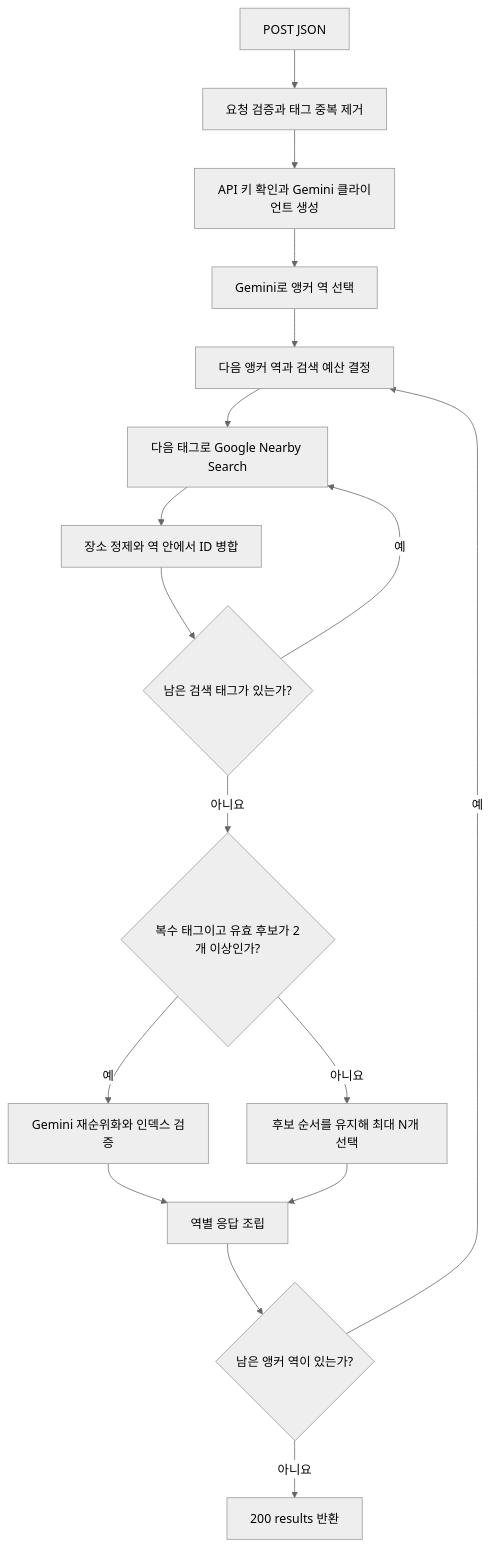
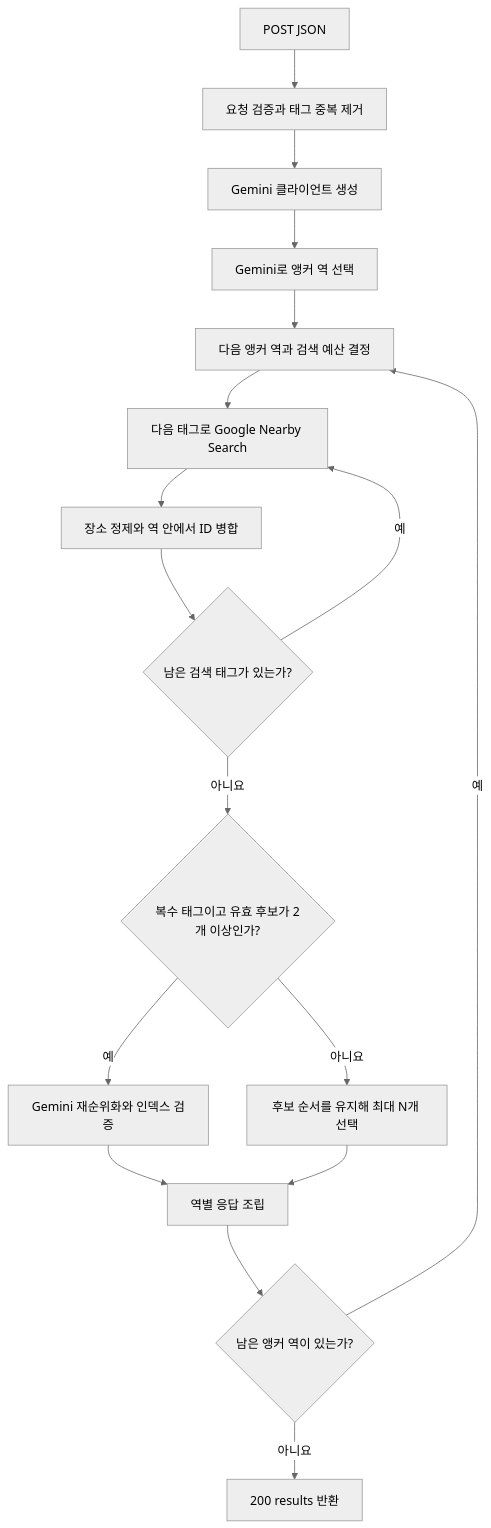
One commit to KimTaeYun02/JPass-Opt changed the diagram in backend/docs/nearby.md. Above: the diagram before and after it, drawn with Mermaid (neutral theme). The commit also changed other lines of this file and 13 other files, not shown here.

````diff
--- a/backend/docs/nearby.md
+++ b/backend/docs/nearby.md
@@ -184,19 +184,19 @@
 ```mermaid
 flowchart TD
     A[POST JSON] --> B[요청 검증과 태그 중복 제거]
-    B --> C[API 키 확인과 Gemini 클라이언트 생성]
+    B --> C[Gemini 클라이언트 생성]
     C --> D[Gemini로 앵커 역 선택]
     D --> E[다음 앵커 역과 검색 예산 결정]
     E --> F[다음 태그로 Google Nearby Search]
     F --> G[장소 정제와 역 안에서 ID 병합]
     G --> H{남은 검색 태그가 있는가?}
     H -- 예 --> F
     H -- 아니요 --> I{복수 태그이고 유효 후보가 2개 이상인가?}
     I -- 예 --> J[Gemini 재순위화와 인덱스 검증]
     I -- 아니요 --> K[후보 순서를 유지해 최대 N개 선택]
     J --> L[역별 응답 조립]
     K --> L
     L --> M{남은 앵커 역이 있는가?}
     M -- 예 --> E
     M -- 아니요 --> N[200 results 반환]
 ```
````
